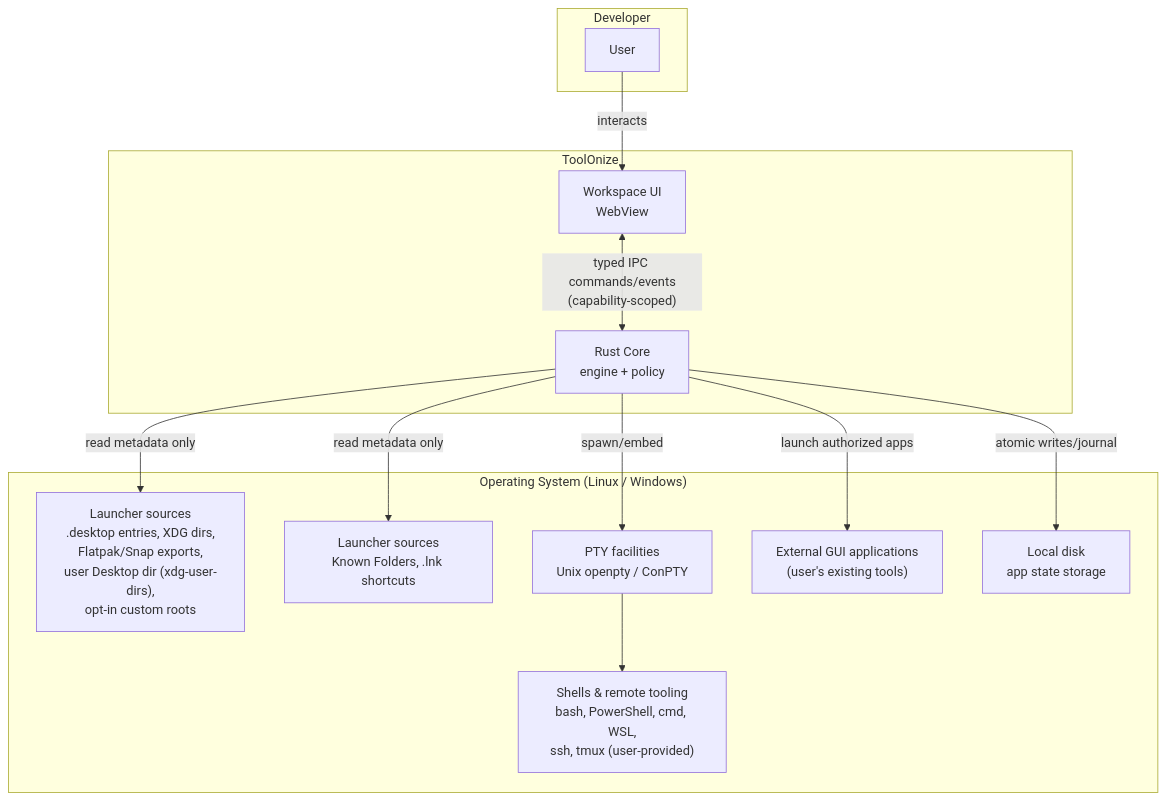
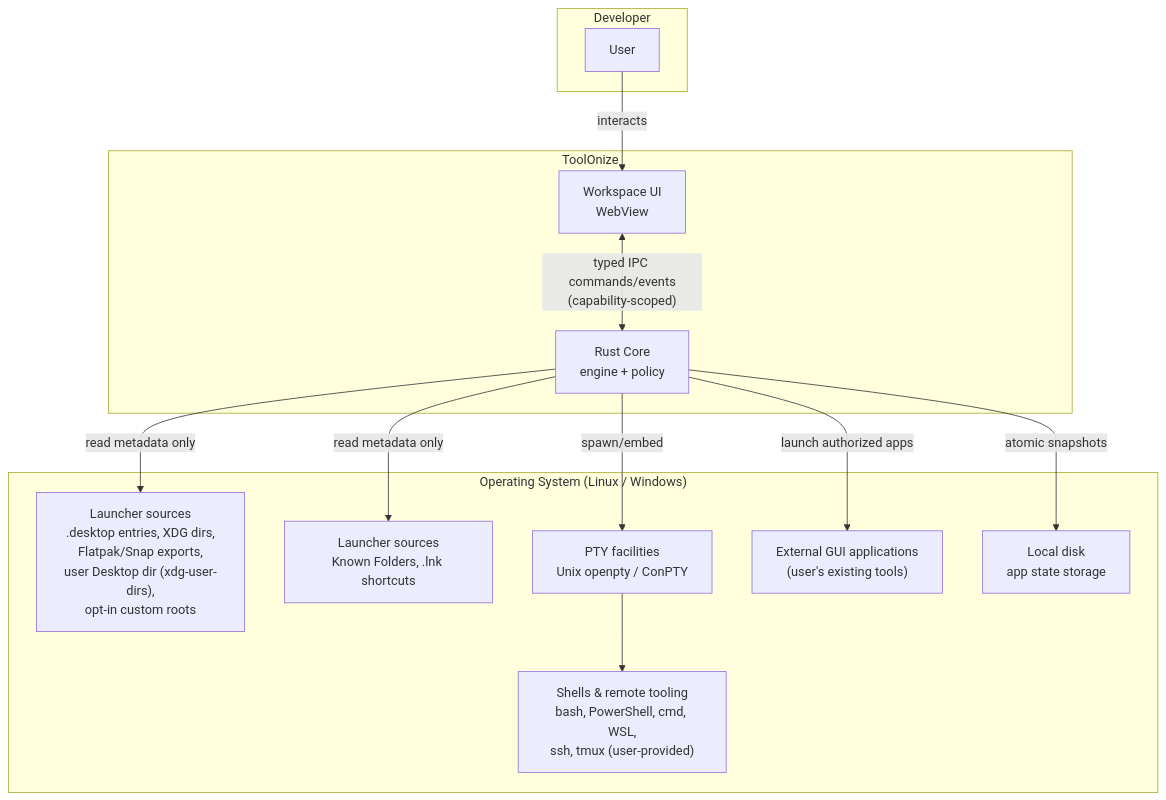
One commit to haithambrana/toolonize changed the first of 4 diagrams in docs/architecture/ARCHITECTURE.md. Above: the diagram before and after it, drawn with Mermaid. The commit also changed other lines of this file and 129 other files, not shown here.

````diff
--- a/docs/architecture/ARCHITECTURE.md
+++ b/docs/architecture/ARCHITECTURE.md
@@ -26,29 +27,29 @@
 ```mermaid
 graph TB
     subgraph User["Developer"]
         U[User]
     end
 
     subgraph App["ToolOnize"]
         FE[Workspace UI<br/>WebView]
         CORE[Rust Core<br/>engine + policy]
     end
 
     subgraph OS["Operating System (Linux / Windows)"]
         LIN["Launcher sources<br/>.desktop entries, XDG dirs,<br/>Flatpak/Snap exports,<br/>user Desktop dir (xdg-user-dirs),<br/>opt-in custom roots"]
         WIN["Launcher sources<br/>Known Folders, .lnk shortcuts"]
         PTYOS["PTY facilities<br/>Unix openpty / ConPTY"]
         GUIAPP["External GUI applications<br/>(user's existing tools)"]
         SHELLS["Shells & remote tooling<br/>bash, PowerShell, cmd, WSL,<br/>ssh, tmux (user-provided)"]
         FS["Local disk<br/>app state storage"]
     end
 
     U -->|interacts| FE
     FE <-->|"typed IPC commands/events<br/>(capability-scoped)"| CORE
     CORE -->|"read metadata only"| LIN
     CORE -->|"read metadata only"| WIN
     CORE -->|"spawn/embed"| PTYOS
     CORE -->|"launch authorized apps"| GUIAPP
     PTYOS --> SHELLS
-    CORE -->|"atomic writes/journal"| FS
+    CORE -->|"atomic snapshots"| FS
 ```
````
